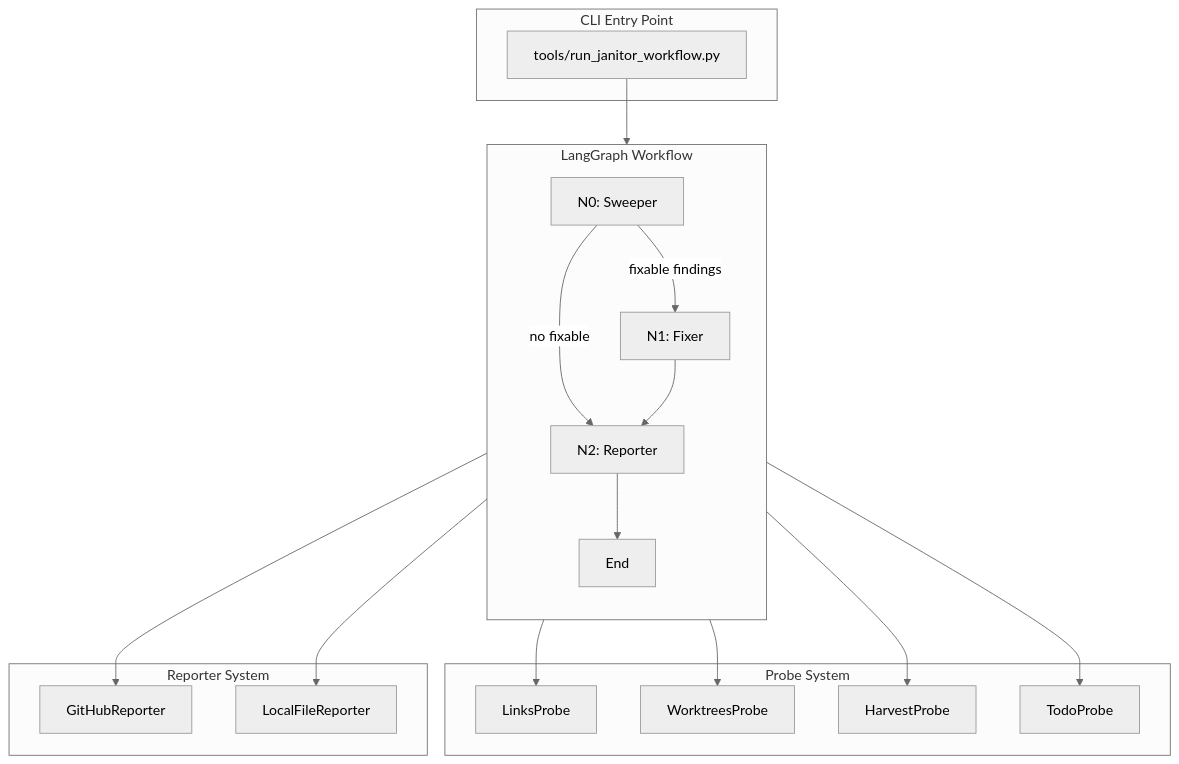
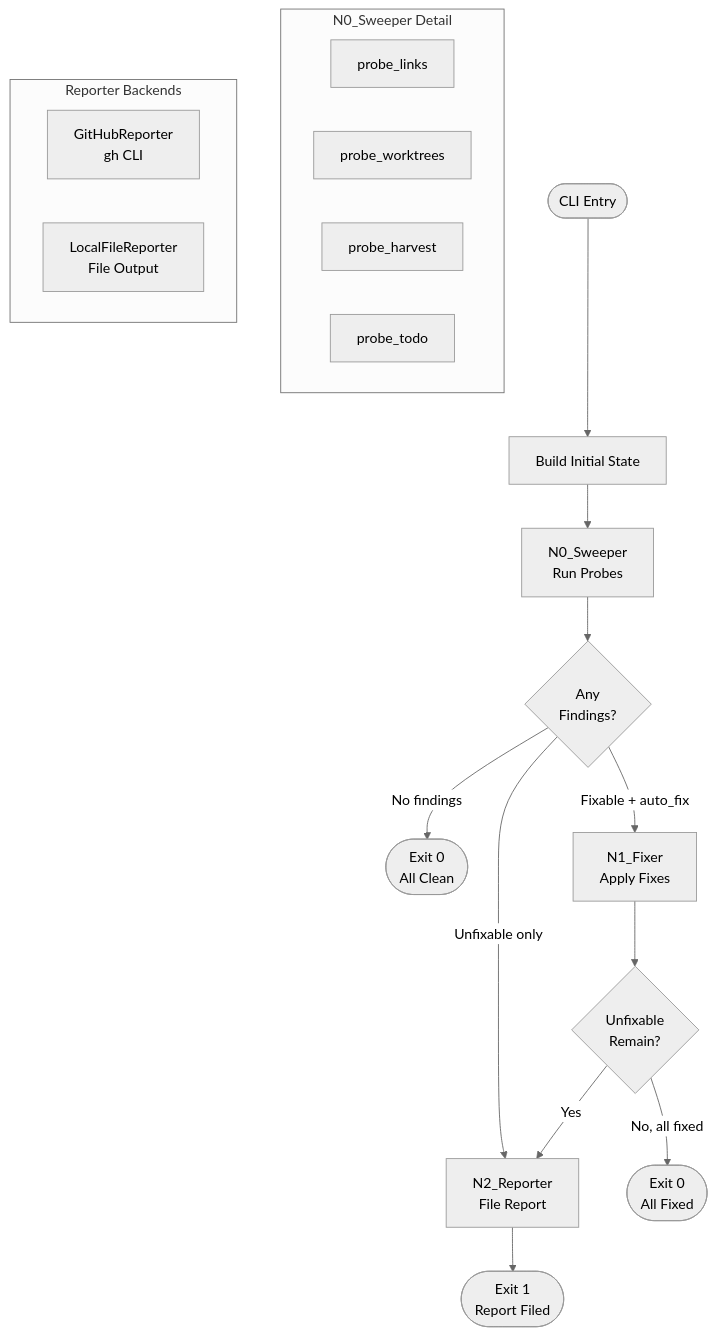
Before and after one commit to martymcenroe/AssemblyZero: the diagram in docs/lld/active/LLD-094.md, drawn with Mermaid (neutral theme). The commit also changed other lines of this file and 5 other files, not shown here.

````diff
--- a/docs/lld/active/LLD-094.md
+++ b/docs/lld/active/LLD-094.md
@@ -622,39 +783,33 @@
 ```mermaid
-flowchart TB
-    subgraph CLI["CLI Entry Point"]
-        A[tools/run_janitor_workflow.py]
+graph TD
+    START([CLI Entry]) --> INIT[Build Initial State]
+    INIT --> N0[N0_Sweeper<br/>Run Probes]
+
+    N0 --> ROUTE1{Any<br/>Findings?}
+
+    ROUTE1 -->|No findings| END_CLEAN([Exit 0<br/>All Clean])
+
+    ROUTE1 -->|Fixable + auto_fix| N1[N1_Fixer<br/>Apply Fixes]
+    ROUTE1 -->|Unfixable only| N2[N2_Reporter<br/>File Report]
+
+    N1 --> ROUTE2{Unfixable<br/>Remain?}
+
+    ROUTE2 -->|Yes| N2
+    ROUTE2 -->|No, all fixed| END_FIXED([Exit 0<br/>All Fixed])
+
+    N2 --> END_REPORT([Exit 1<br/>Report Filed])
+
+    subgraph "N0_Sweeper Detail"
+        direction LR
+        P1[probe_links]
+        P2[probe_worktrees]
+        P3[probe_harvest]
+        P4[probe_todo]
     end
 
-    subgraph Graph["LangGraph Workflow"]
-        direction TB
-        N0[N0: Sweeper]
-        N1[N1: Fixer]
-        N2[N2: Reporter]
-        
-        N0 -->|fixable findings| N1
-        N0 -->|no fixable| N2
-        N1 --> N2
-        N2 --> END[End]
+    subgraph "Reporter Backends"
+        direction LR
+        GH[GitHubReporter<br/>gh CLI]
+        LF[LocalFileReporter<br/>File Output]
     end
-
-    subgraph Probes["Probe System"]
-        P1[LinksProbe]
-        P2[WorktreesProbe]
-        P3[HarvestProbe]
-        P4[TodoProbe]
-    end
-
-    subgraph Reporters["Reporter System"]
-        R1[GitHubReporter]
-        R2[LocalFileReporter]
-    end
-
-    A --> N0
-    N0 --> P1
-    N0 --> P2
-    N0 --> P3
-    N0 --> P4
-    
-    N2 --> R1
-    N2 --> R2
 ```
````
